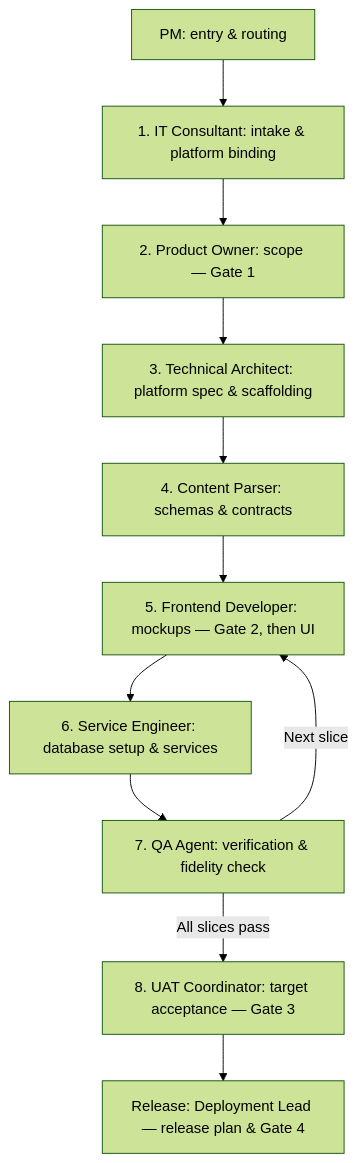
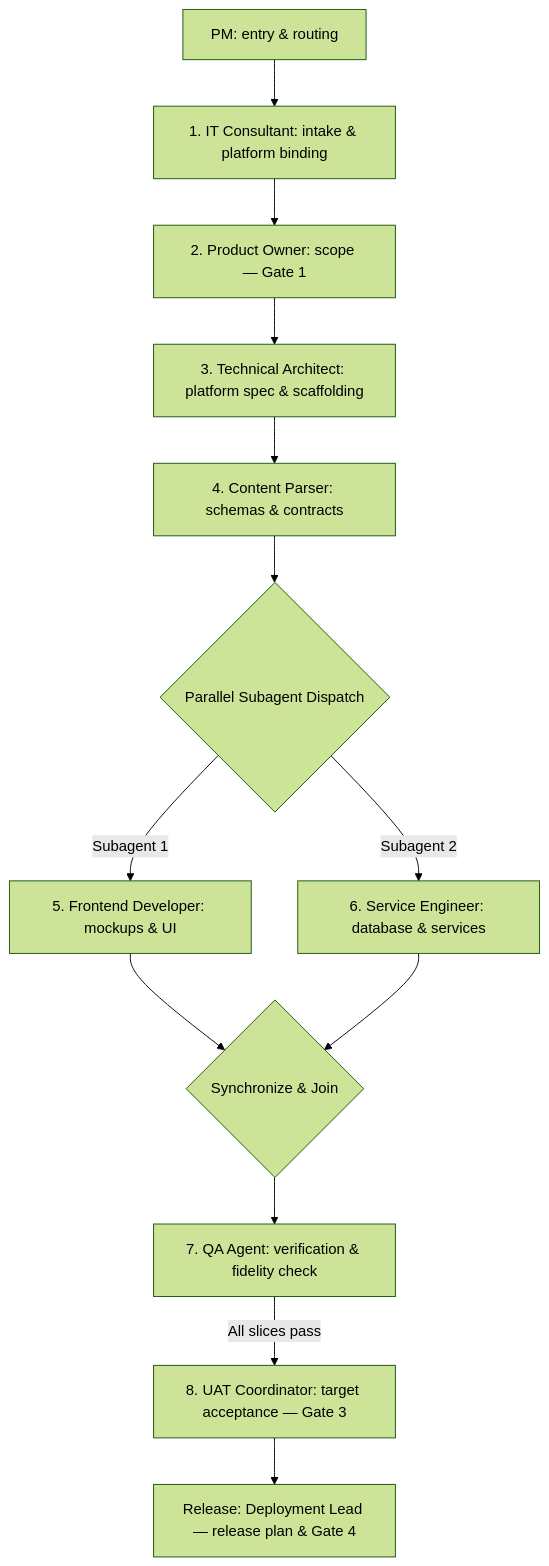
The diagram in README.md (harip/pm-skills), drawn with Mermaid (forest theme) before and after one commit. The commit also changed 3 other files, not shown here.

Commit message:
feat(swarm): implement true parallel subagent execution for Frontend and Services

````diff
--- a/README.md
+++ b/README.md
@@ -90,13 +90,15 @@
 ```mermaid
 flowchart TB
     PM["PM: entry & routing"] --> IT["1. IT Consultant: intake & platform binding"]
     IT --> PO["2. Product Owner: scope — Gate 1"]
     PO --> TA["3. Technical Architect: platform spec & scaffolding"]
     TA --> CP["4. Content Parser: schemas & contracts"]
-    CP --> FE["5. Frontend Developer: mockups — Gate 2, then UI"]
-    FE --> SE["6. Service Engineer: database setup & services"]
-    SE --> QA["7. QA Agent: verification & fidelity check"]
+    CP --> PARALLEL{"Parallel Subagent Dispatch"}
+    PARALLEL -->|Subagent 1| FE["5. Frontend Developer: mockups & UI"]
+    PARALLEL -->|Subagent 2| SE["6. Service Engineer: database & services"]
+    FE --> JOIN{"Synchronize & Join"}
+    SE --> JOIN
+    JOIN --> QA["7. QA Agent: verification & fidelity check"]
     QA -->|All slices pass| UAT["8. UAT Coordinator: target acceptance — Gate 3"]
-    QA -->|Next slice| FE
     UAT --> DEP["Release: Deployment Lead — release plan & Gate 4"]
 ```
````
